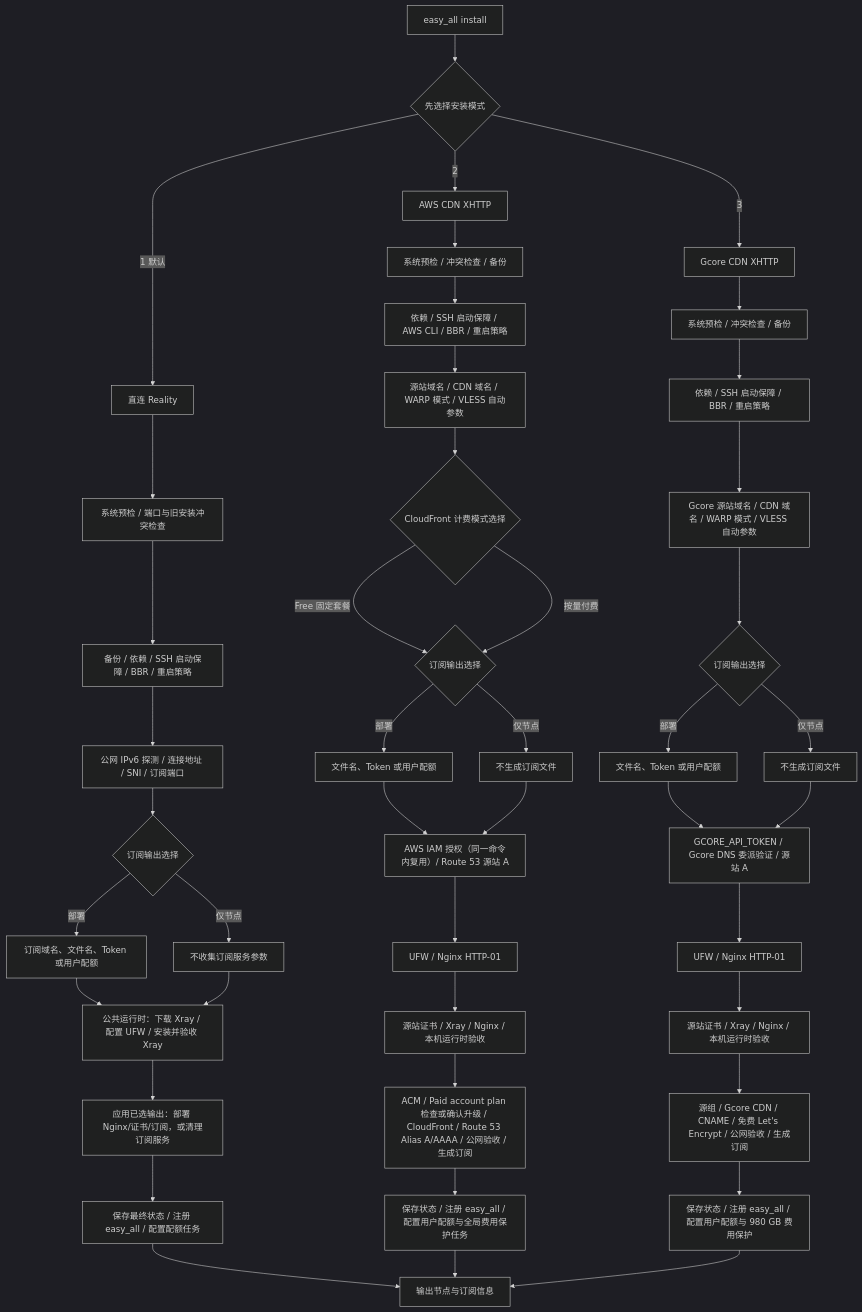
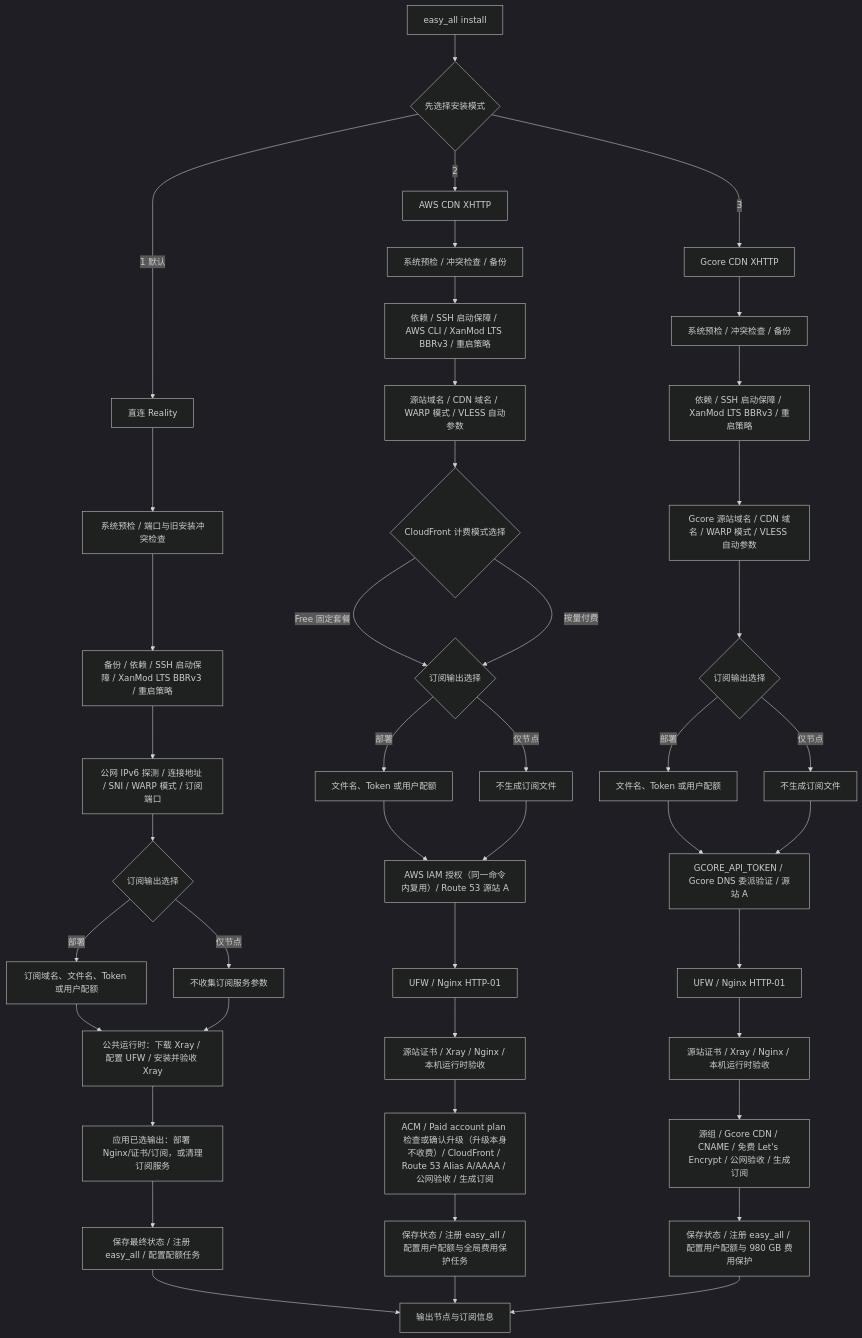
Before and after one commit to v2yiz/easy_all: the diagram in README.md, drawn with Mermaid (dark theme). The commit also changed other lines of this file and 25 other files, not shown here.

````diff
--- a/README.md
+++ b/README.md
@@ -78,49 +81,49 @@
 ```mermaid
 flowchart TD
     A[easy_all install] --> B{先选择安装模式}
 
     B -->|1 默认| R0[直连 Reality]
     R0 --> R1[系统预检 / 端口与旧安装冲突检查]
-    R1 --> R2[备份 / 依赖 / SSH 启动保障 / BBR / 重启策略]
-    R2 --> R3[公网 IPv6 探测 / 连接地址 / SNI / 订阅端口]
+    R1 --> R2[备份 / 依赖 / SSH 启动保障 / XanMod LTS BBRv3 / 重启策略]
+    R2 --> R3[公网 IPv6 探测 / 连接地址 / SNI / WARP 模式 / 订阅端口]
     R3 --> R4{订阅输出选择}
     R4 -->|部署| R5[订阅域名、文件名、Token 或用户配额]
     R4 -->|仅节点| R6[不收集订阅服务参数]
     R5 --> R7[公共运行时：下载 Xray / 配置 UFW / 安装并验收 Xray]
     R6 --> R7
     R7 --> R8[应用已选输出：部署 Nginx/证书/订阅，或清理订阅服务]
     R8 --> R9[保存最终状态 / 注册 easy_all / 配置配额任务]
     R9 --> Z[输出节点与订阅信息]
 
     B -->|2| X0[AWS CDN XHTTP]
     X0 --> X1[系统预检 / 冲突检查 / 备份]
-    X1 --> X2[依赖 / SSH 启动保障 / AWS CLI / BBR / 重启策略]
+    X1 --> X2[依赖 / SSH 启动保障 / AWS CLI / XanMod LTS BBRv3 / 重启策略]
     X2 --> X3[源站域名 / CDN 域名 / WARP 模式 / VLESS 自动参数]
     X3 --> X3A{CloudFront 计费模式选择}
     X3A -->|Free 固定套餐| X4{订阅输出选择}
     X3A -->|按量付费| X4
     X4 -->|部署| X5[文件名、Token 或用户配额]
     X4 -->|仅节点| X6[不生成订阅文件]
     X5 --> X7[AWS IAM 授权（同一命令内复用）/ Route 53 源站 A]
     X6 --> X7
     X7 --> X8[UFW / Nginx HTTP-01]
     X8 --> X9[源站证书 / Xray / Nginx / 本机运行时验收]
-    X9 --> X10[ACM / Paid account plan 检查或确认升级 / CloudFront / Route 53 Alias A/AAAA / 公网验收 / 生成订阅]
+    X9 --> X10[ACM / Paid account plan 检查或确认升级（升级本身不收费）/ CloudFront / Route 53 Alias A/AAAA / 公网验收 / 生成订阅]
     X10 --> X11[保存状态 / 注册 easy_all / 配置用户配额与全局费用保护任务]
     X11 --> Z
 
     B -->|3| G0[Gcore CDN XHTTP]
     G0 --> G1[系统预检 / 冲突检查 / 备份]
-    G1 --> G2[依赖 / SSH 启动保障 / BBR / 重启策略]
+    G1 --> G2[依赖 / SSH 启动保障 / XanMod LTS BBRv3 / 重启策略]
     G2 --> G3[Gcore 源站域名 / CDN 域名 / WARP 模式 / VLESS 自动参数]
     G3 --> G4{订阅输出选择}
     G4 -->|部署| G5[文件名、Token 或用户配额]
     G4 -->|仅节点| G6[不生成订阅文件]
     G5 --> G7[GCORE_API_TOKEN / Gcore DNS 委派验证 / 源站 A]
     G6 --> G7
     G7 --> G8[UFW / Nginx HTTP-01]
     G8 --> G9[源站证书 / Xray / Nginx / 本机运行时验收]
     G9 --> G10[源组 / Gcore CDN / CNAME / 免费 Let's Encrypt / 公网验收 / 生成订阅]
     G10 --> G11[保存状态 / 注册 easy_all / 配置用户配额与 980 GB 费用保护]
     G11 --> Z
 ```
````
